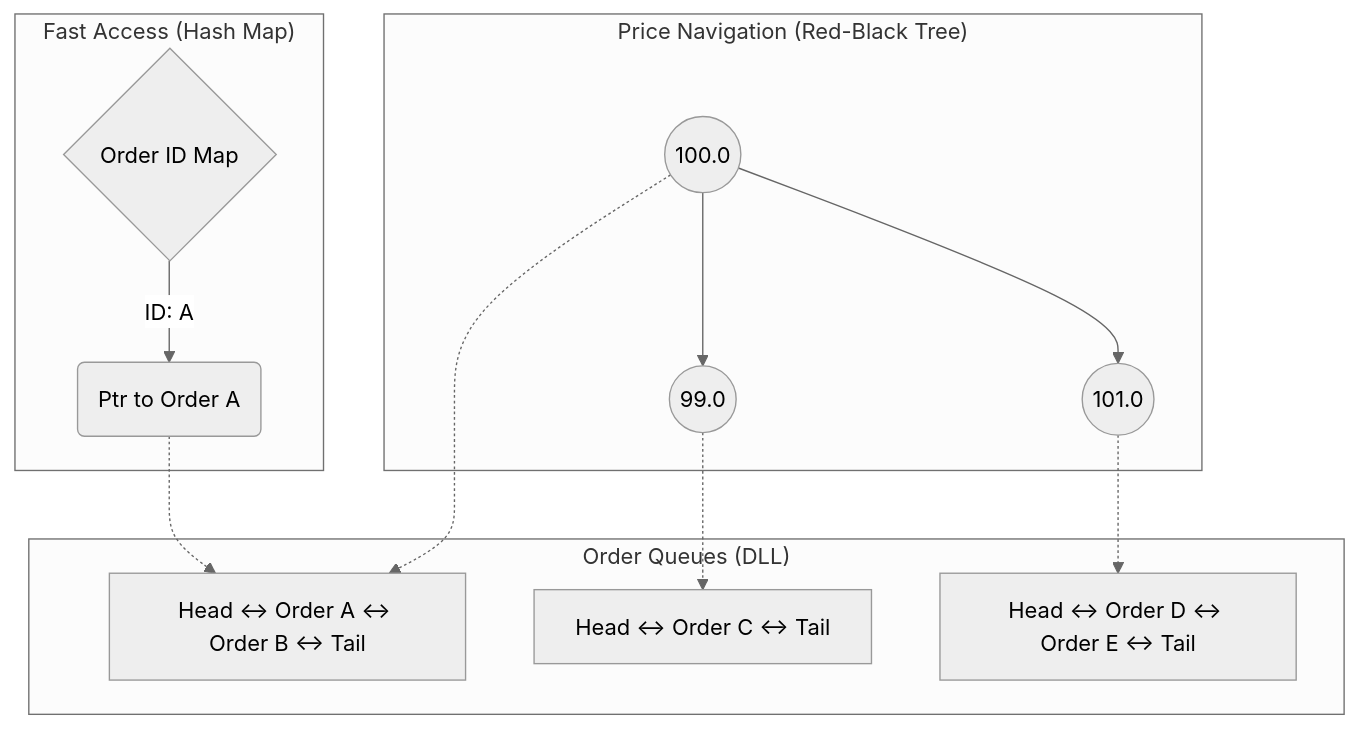
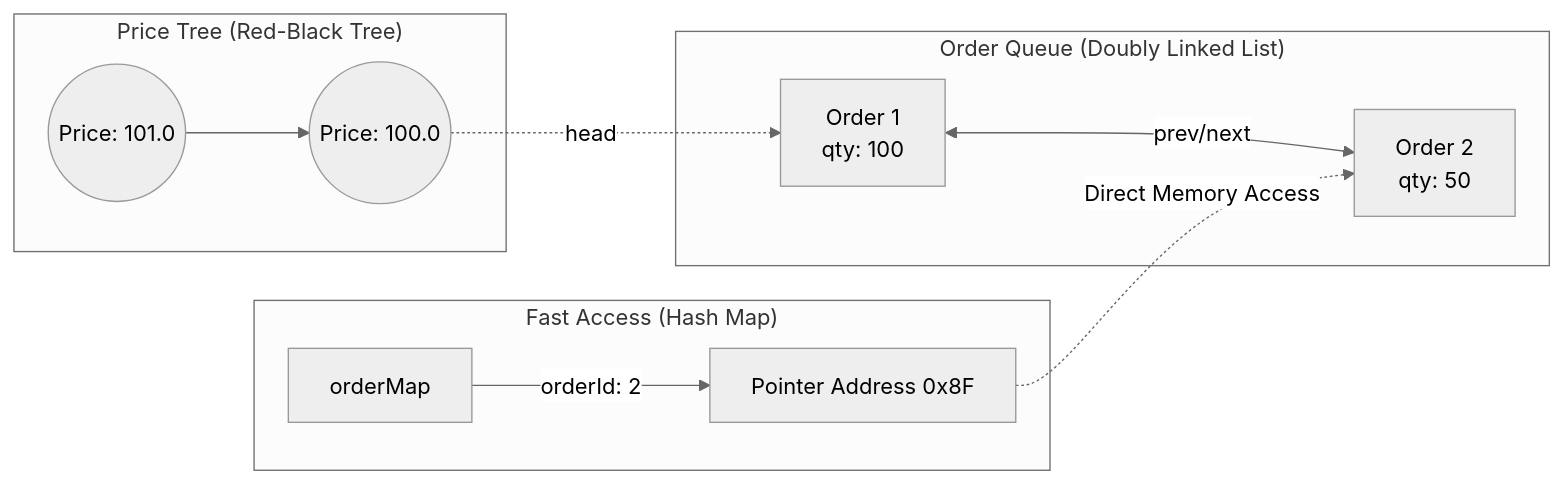
Before and after one commit to tuanhiep/tuanhiep.github.io: the diagram in content/posts/2.stock-exchange-1-order-book.md, drawn with Mermaid (neutral theme). The commit also changed other lines of this file, not shown here.

````diff
--- a/content/posts/2.stock-exchange-1-order-book.md
+++ b/content/posts/2.stock-exchange-1-order-book.md
@@ -77,28 +92,21 @@
 ```mermaid
-graph TD
-    subgraph "Price Navigation (Red-Black Tree)"
-        Root((100.0))
-        L((99.0))
-        R((101.0))
-        Root --> L
-        Root --> R
+graph LR
+    subgraph "Fast Access (Hash Map)"
+        Map[orderMap]
+        Map -->|orderId: 2| Ptr2[Pointer Address 0x8F]
     end
 
-    subgraph "Order Queues (DLL)"
-        Q1[Head <-> Order A <-> Order B <-> Tail]
-        Q2[Head <-> Order C <-> Tail]
-        Q3[Head <-> Order D <-> Order E <-> Tail]
+    subgraph "Price Tree (Red-Black Tree)"
+        Root((Price: 101.0))
+        L((Price: 100.0))
+        Root --> L
     end
 
-    subgraph "Fast Access (Hash Map)"
-        Map{Order ID Map}
-        Map -->|ID: A| OrderA_Ptr(Ptr to Order A)
+    subgraph "Order Queue (Doubly Linked List)"
+        Head[Order 1 <br/> qty: 100] <-->|prev/next| Node2[Order 2 <br/> qty: 50]
     end
 
-    %% Connections
-    L -.-> Q2
-    Root -.-> Q1
-    R -.-> Q3
-    OrderA_Ptr -.-> Q1
+    L -.->|head| Head
+    Ptr2 -.->|Direct Memory Access| Node2
 
 ```
````
